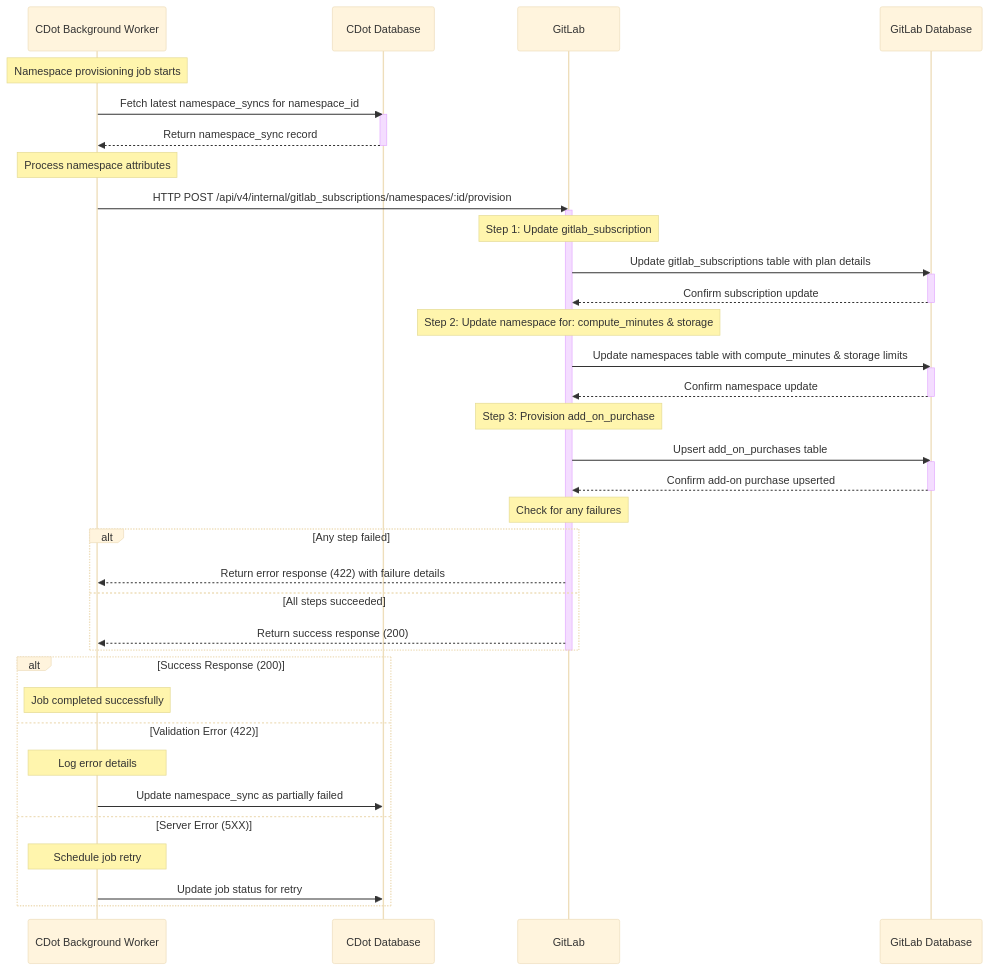
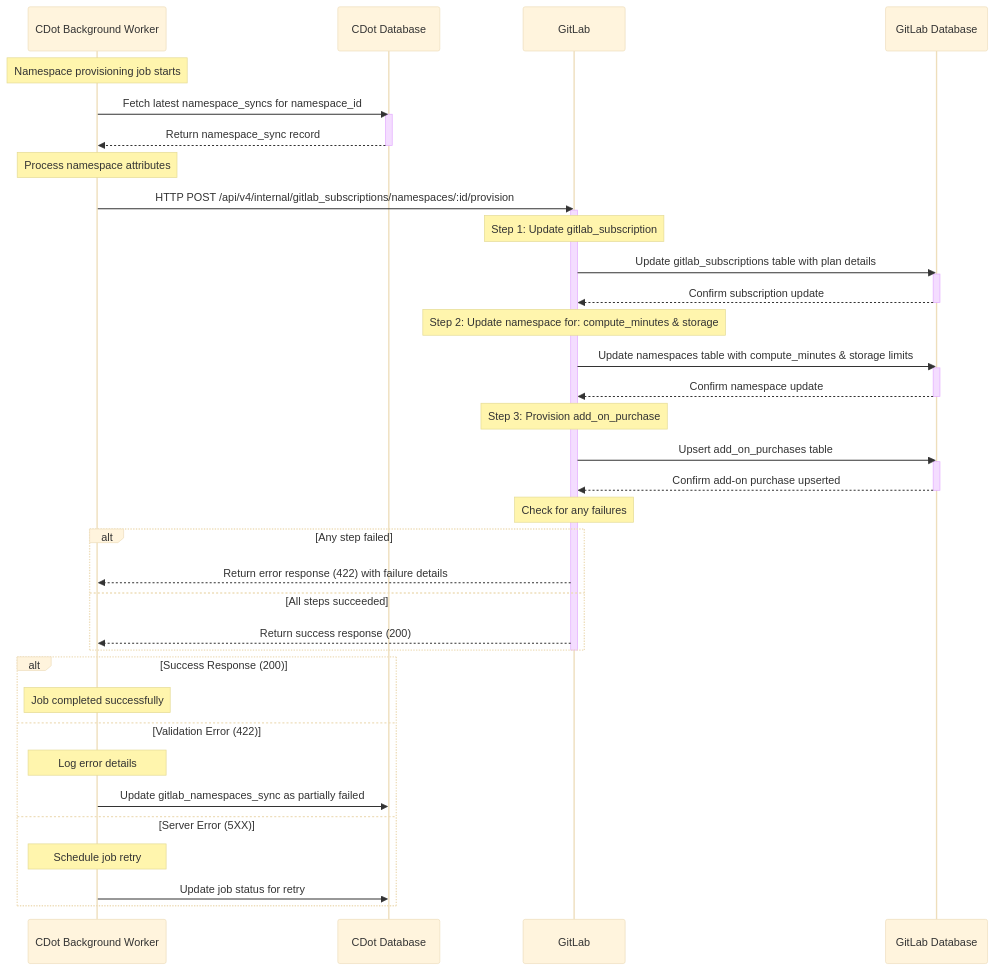
Before and after one commit to zalyoung/gitlab-handbook: the fourth of 4 diagrams in content/handbook/engineering/architecture/design-documents/cdot_namespace_provision_sync/_index.md, drawn with Mermaid (base theme). The commit also changed other lines of this file, not shown here.

````diff
--- a/content/handbook/engineering/architecture/design-documents/cdot_namespace_provision_sync/_index.md
+++ b/content/handbook/engineering/architecture/design-documents/cdot_namespace_provision_sync/_index.md
@@ -132,55 +132,55 @@
 ```mermaid
 sequenceDiagram
     participant BW as CDot Background Worker
     participant DB as CDot Database
     participant GL as GitLab
     participant GLDB as GitLab Database
 
     Note over BW: Namespace provisioning job starts
     
     BW->>DB: Fetch latest namespace_syncs for namespace_id
     activate DB
     DB-->>BW: Return namespace_sync record
     deactivate DB
     
     Note over BW: Process namespace attributes
     
     BW->>GL: HTTP POST /api/v4/internal/gitlab_subscriptions/namespaces/:id/provision
     activate GL
     
     Note over GL: Step 1: Update gitlab_subscription
     GL->>GLDB: Update gitlab_subscriptions table with plan details
     activate GLDB
     GLDB-->>GL: Confirm subscription update
     deactivate GLDB
     
     Note over GL: Step 2: Update namespace for: compute_minutes & storage
     GL->>GLDB: Update namespaces table with compute_minutes & storage limits
     activate GLDB
     GLDB-->>GL: Confirm namespace update
     deactivate GLDB
     
     Note over GL: Step 3: Provision add_on_purchase
     GL->>GLDB: Upsert add_on_purchases table
     activate GLDB
     GLDB-->>GL: Confirm add-on purchase upserted
     deactivate GLDB
     
     Note over GL: Check for any failures
     alt Any step failed
         GL-->>BW: Return error response (422) with failure details
     else All steps succeeded
         GL-->>BW: Return success response (200)
     end
     deactivate GL
     
     alt Success Response (200)
         Note over BW: Job completed successfully
     else Validation Error (422)
         Note over BW: Log error details
-        BW->>DB: Update namespace_sync as partially failed
+        BW->>DB: Update gitlab_namespaces_sync as partially failed
     else Server Error (5XX)
         Note over BW: Schedule job retry
         BW->>DB: Update job status for retry
     end
 ```
````
